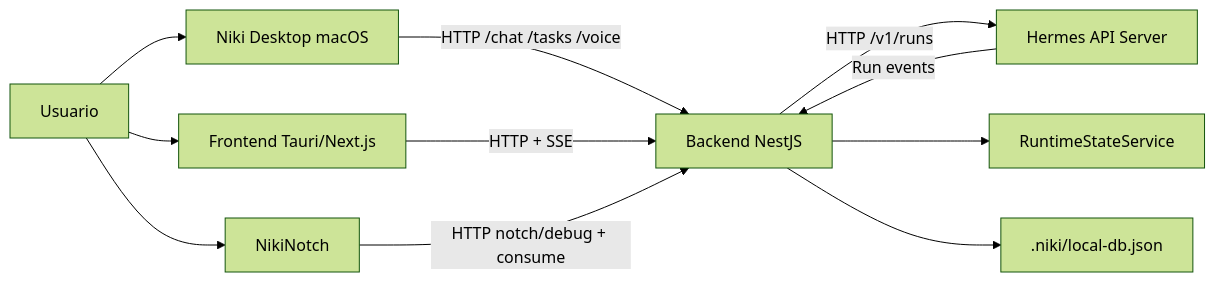
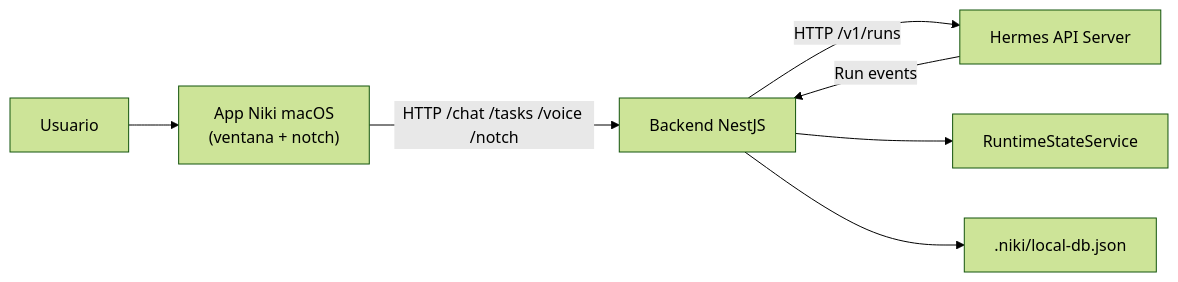
Before and after one commit to EstebanCanales/niki: the diagram in docs/ARQUITECTURA.md, drawn with Mermaid (forest theme). The commit also changed other lines of this file and 3 other files, not shown here.

Commit message:
docs: update README and architecture for merged Niki app

````diff
--- a/docs/ARQUITECTURA.md
+++ b/docs/ARQUITECTURA.md
@@ -88,16 +69,12 @@
 ```mermaid
 flowchart LR
-    User["Usuario"] --> Desktop["Niki Desktop macOS"]
-    User --> Tauri["Frontend Tauri/Next.js"]
-    User --> Notch["NikiNotch"]
+    User["Usuario"] --> Niki["App Niki macOS\n(ventana + notch)"]
 
-    Desktop -->|HTTP /chat /tasks /voice| Backend["Backend NestJS"]
-    Tauri -->|HTTP + SSE| Backend
-    Notch -->|HTTP notch/debug + consume| Backend
+    Niki -->|HTTP /chat /tasks /voice /notch| Backend["Backend NestJS"]
 
     Backend -->|HTTP /v1/runs| Hermes["Hermes API Server"]
     Hermes -->|Run events| Backend
 
     Backend --> LocalState["RuntimeStateService"]
     Backend --> LocalDb[".niki/local-db.json"]
 ```
````
